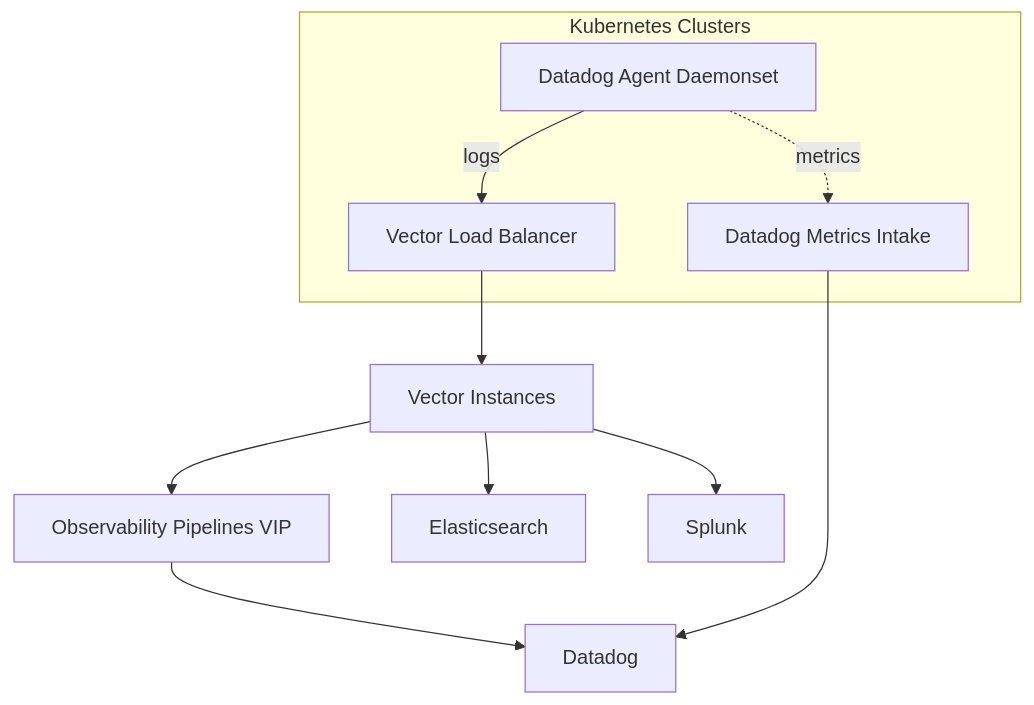
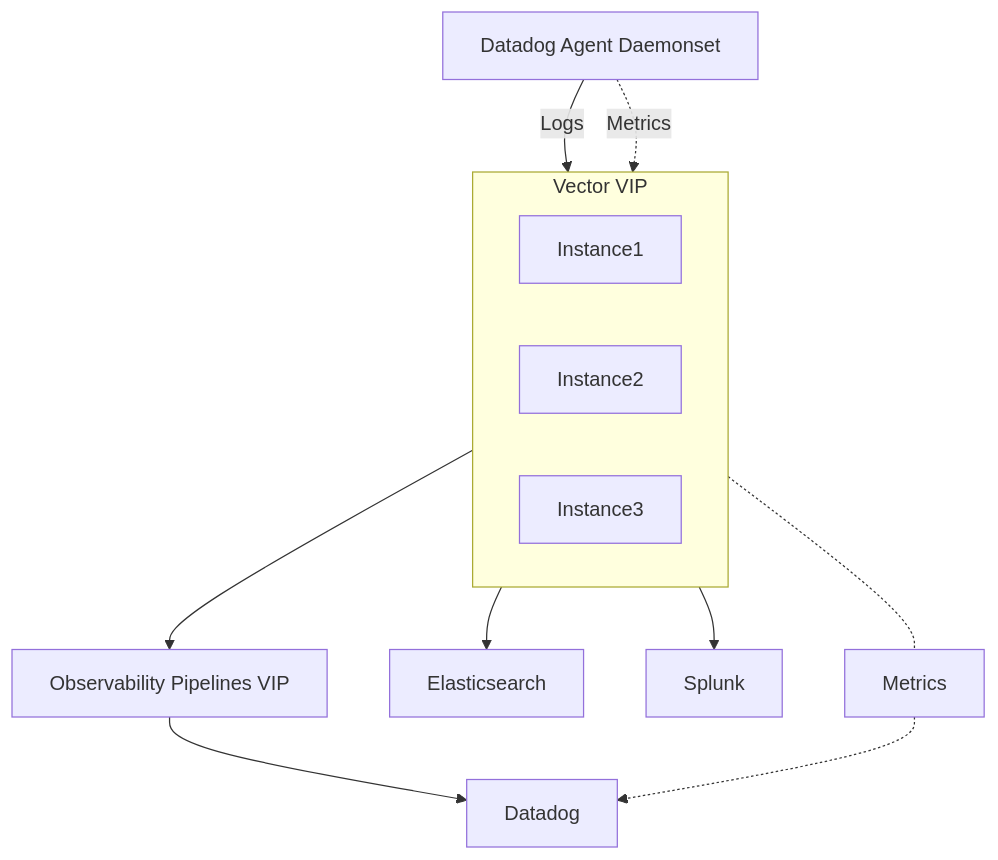
One commit to 18LEDs/concourse changed the diagram in vector-test/README.md. Above: the diagram before and after it, drawn with Mermaid.

Commit message:
Update mermaid

````diff
--- a/vector-test/README.md
+++ b/vector-test/README.md
@@ -64,13 +64,15 @@
 ```mermaid
 graph TD
-    subgraph "Kubernetes Clusters"
-        A[Datadog Agent Daemonset] -- logs --> LB[Vector Load Balancer]
-        A -. metrics .-> DD[Datadog Metrics Intake]
+    A[Datadog Agent Daemonset] -- Logs --> LB[Vector VIP]
+    A -. Metrics .-> LB
+    LB --> OP[Observability Pipelines VIP]
+    OP --> D[Datadog]
+    LB --> ES[Elasticsearch]
+    LB --> SP[Splunk]
+    LB .- Metrics .-> D
+    subgraph LB[Vector VIP]
+        Instance1
+        Instance2
+        Instance3
     end
-    LB --> V[Vector Instances]
-    V --> OP[Observability Pipelines VIP]
-    OP --> D[Datadog]
-    V --> ES[Elasticsearch]
-    V --> SP[Splunk]
-    DD --> D
 ```
````
